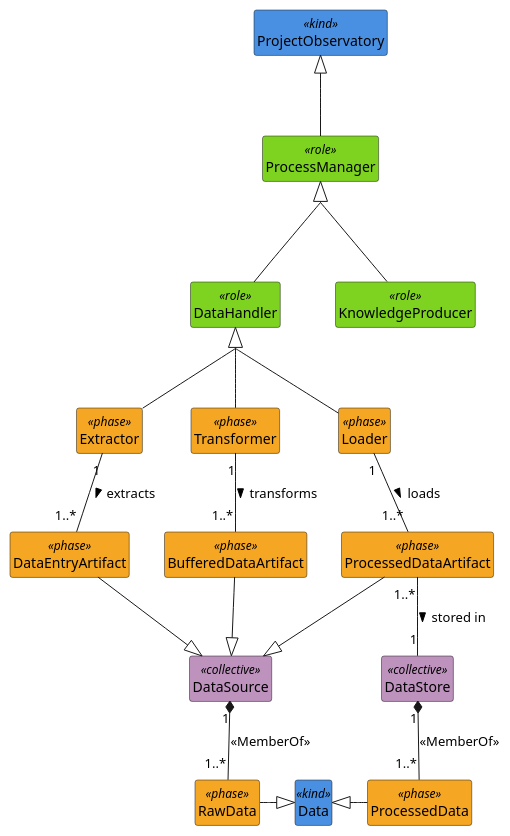
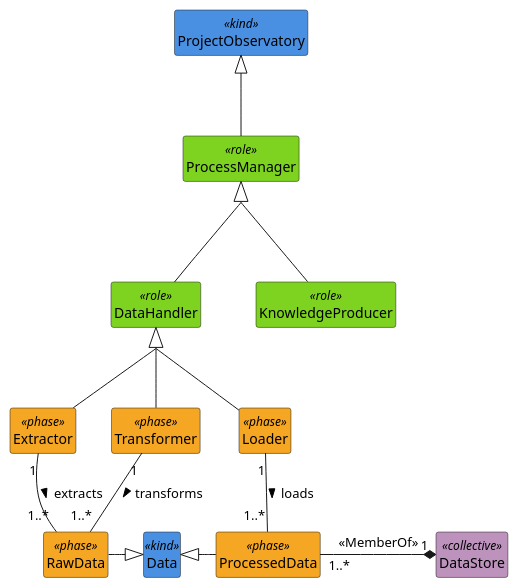
One commit to kvojps/onto-mpo changed the diagram in processes/dataHandler.puml. Above: the diagram before and after it, drawn with PlantUML.

Commit message:
[feat]: simplify data handler process

```diff
--- a/processes/dataHandler.puml
+++ b/processes/dataHandler.puml
@@ -1,53 +1,42 @@
 @startuml DataHandler
 skinparam groupInheritance 2
 hide <<kind>> circle
 hide <<phase>> circle
 hide <<role>> circle
 hide <<collective>> circle
 hide members
 hide methods
 
 class ProjectObservatory<<kind>> #4A90E2 {}
 class ProcessManager <<role>> #7ED321 {}
 class DataHandler <<role>> #7ED321 {}
 class KnowledgeProducer <<role>> #7ED321 {}
 
 ProjectObservatory <|-- ProcessManager
 ProcessManager <|-- DataHandler
 ProcessManager <|-- KnowledgeProducer
 
 class Extractor <<phase>> #F5A623 {}
 class Transformer <<phase>> #F5A623 {}
 class Loader <<phase>> #F5A623 {}
 
 DataHandler <|-- Extractor
 DataHandler <|-- Transformer
 DataHandler <|-- Loader
 
 class Data <<kind>> #4A90E2 {}
 class RawData <<phase>> #F5A623 {}
 class ProcessedData <<phase>> #F5A623 {}
 
 Data <|-left- RawData
 Data <|-right- ProcessedData
 
-class DataSource <<collective>> #BD93BD {}
+Extractor "1" -- "1..*" RawData : extracts >
+Transformer "1" -- "1..*" RawData : transforms >
+Loader "1" -- "1..*" ProcessedData : loads >
+
 class DataStore <<collective>> #BD93BD {}
 
-DataSource "1" *-- "1..*" RawData : <<MemberOf>>
-DataStore "1" *-- "1..*" ProcessedData : <<MemberOf>>
-
-class DataEntryArtifact<<phase>> #F5A623 {}
-class BufferedDataArtifact<<phase>> #F5A623 {}
-class ProcessedDataArtifact<<phase>> #F5A623 {}
-
-DataSource <|-up- DataEntryArtifact
-DataSource <|-up- BufferedDataArtifact
-DataSource <|-up- ProcessedDataArtifact
-
-Extractor "1" -- "1..*" DataEntryArtifact : extracts >
-Transformer "1" -- "1..*" BufferedDataArtifact : transforms >
-Loader "1" -- "1..*" ProcessedDataArtifact : loads >
-ProcessedDataArtifact "1..*" -- "1" DataStore : stored in >
+DataStore "1" *-left- "1..*" ProcessedData : <<MemberOf>>
 
 @enduml
```
